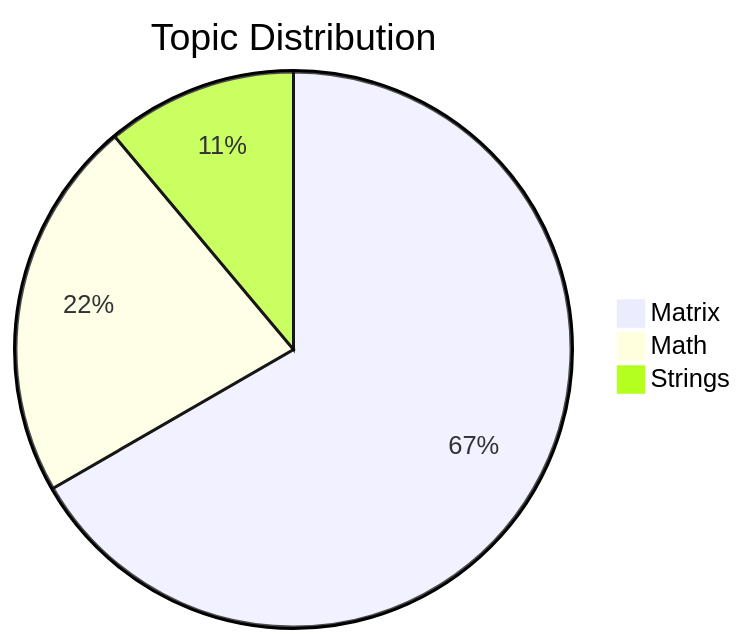
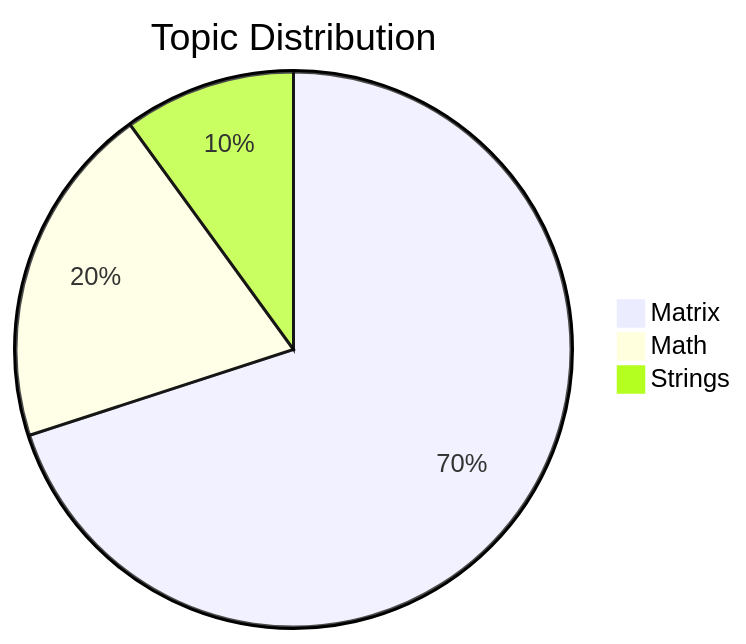
Before and after one commit to PrasannaTheBest/60-Days-Hell-Period: the second of 2 diagrams in README.md, drawn with Mermaid. The commit also changed other lines of this file, not shown here.

````diff
--- a/README.md
+++ b/README.md
@@ -73,6 +73,6 @@
 ```mermaid
 pie title Topic Distribution
-    "Matrix" : 6
+    "Matrix" : 7
     "Math" : 2
     "Strings" : 1
 ```
````
